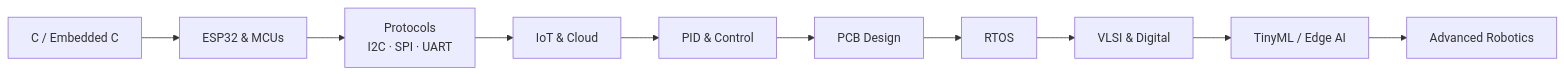
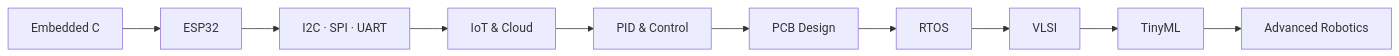
Before and after one commit to thavanesh-d/thavanesh-d: the third of 3 diagrams in README.md, drawn with Mermaid. The commit also changed other lines of this file, not shown here.

````diff
--- a/README.md
+++ b/README.md
@@ -216,12 +234,5 @@
 ```mermaid
 flowchart LR
-    A[C / Embedded C] --> B[ESP32 & MCUs]
-    B --> C[Protocols<br/>I2C · SPI · UART]
-    C --> D[IoT & Cloud]
-    D --> E[PID & Control]
-    E --> F[PCB Design]
-    F --> G[RTOS]
-    G --> H[VLSI & Digital]
-    H --> I[TinyML / Edge AI]
-    I --> J[Advanced Robotics]
+    A[Embedded C] --> B[ESP32] --> C[I2C · SPI · UART] --> D[IoT & Cloud] --> E[PID & Control]
+    E --> F[PCB Design] --> G[RTOS] --> H[VLSI] --> I[TinyML] --> J[Advanced Robotics]
 ```
````
